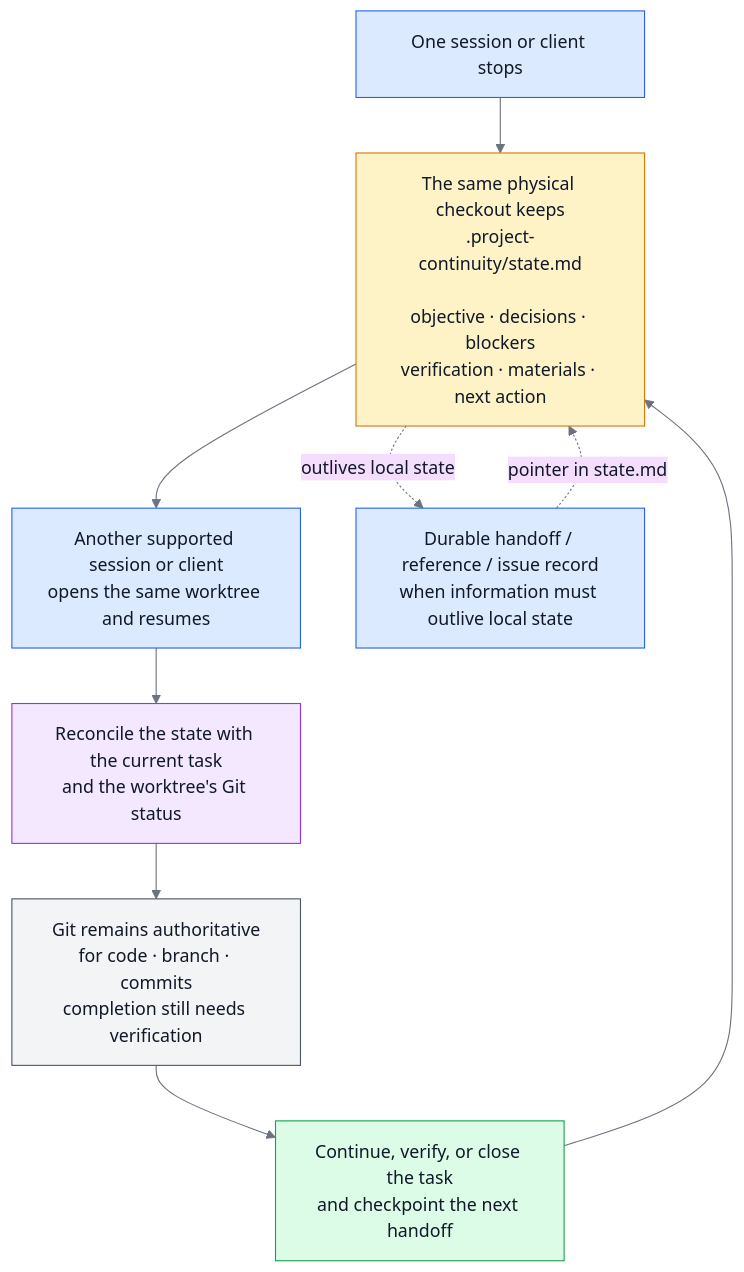
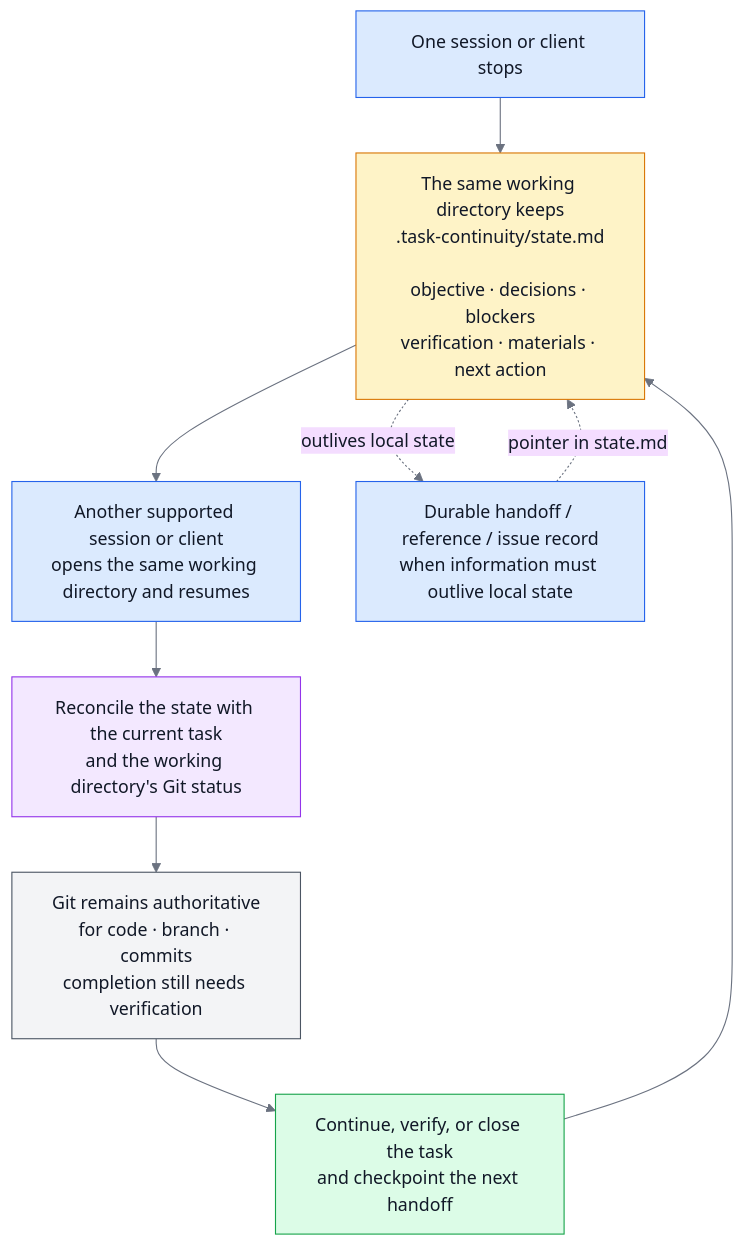
One commit to sherrilla71940/personal-agentic-dev-environment changed the third of 4 diagrams in README.md. Above: the diagram before and after it, drawn with Mermaid. The commit also changed other lines of this file and 152 other files, not shown here.

````diff
--- a/README.md
+++ b/README.md
@@ -216,28 +274,28 @@
 ```mermaid
 %%{init: {"theme": "base", "themeVariables": {"primaryTextColor": "#111827", "nodeTextColor": "#111827", "textColor": "#111827", "lineColor": "#6b7280"}, "flowchart": {"useMaxWidth": true}}}%%
 flowchart TD
     stop["One session or client stops"]:::handoff
-    persist["The same physical checkout keeps<br/>.project-continuity/state.md<br/><br/>objective · decisions · blockers<br/>verification · materials · next action"]:::state
-    resume["Another supported session or client<br/>opens the same worktree and resumes"]:::handoff
-    reconcile["Reconcile the state with the current task<br/>and the worktree's Git status"]:::check
+    persist["The same working directory keeps<br/>.task-continuity/state.md<br/><br/>objective · decisions · blockers<br/>verification · materials · next action"]:::state
+    resume["Another supported session or client<br/>opens the same working directory and resumes"]:::handoff
+    reconcile["Reconcile the state with the current task<br/>and the working directory's Git status"]:::check
     git["Git remains authoritative<br/>for code · branch · commits<br/>completion still needs verification"]:::authority
     continue["Continue, verify, or close the task<br/>and checkpoint the next handoff"]:::work
     durable["Durable handoff / reference / issue record<br/>when information must outlive local state"]:::handoff
 
     stop --> persist --> resume --> reconcile --> git --> continue --> persist
     persist -. "outlives local state" .-> durable
     durable -. "pointer in state.md" .-> persist
 
     classDef handoff fill:#dbeafe,stroke:#2563eb,color:#111827
     classDef state fill:#fef3c7,stroke:#d97706,color:#111827
     classDef check fill:#f3e8ff,stroke:#9333ea,color:#111827
     classDef authority fill:#f3f4f6,stroke:#4b5563,color:#111827
     classDef work fill:#dcfce7,stroke:#16a34a,color:#111827
     style stop color:#111827
     style persist color:#111827
     style resume color:#111827
     style reconcile color:#111827
     style git color:#111827
     style continue color:#111827
     style durable color:#111827
 ```
````
